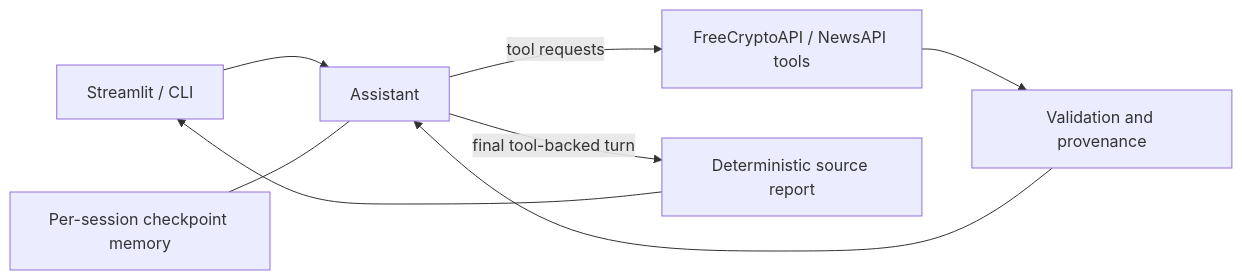
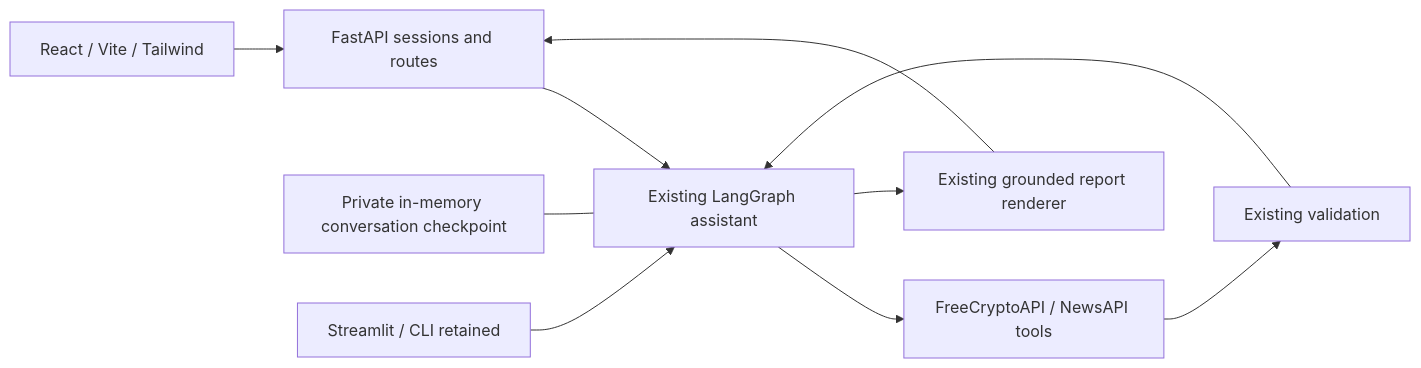
The diagram in README.md (abdelhamidbendrif/Crypto-Analysis-Agent-), drawn with Mermaid before and after one commit. The commit also changed other lines of this file and 35 other files, not shown here.

Commit message:
Add React research workspace and FastAPI integration

````diff
--- a/README.md
+++ b/README.md
@@ -52,10 +74,12 @@
 ```mermaid
 flowchart LR
-    UI[Streamlit / CLI] --> A[Assistant]
-    A -->|tool requests| T[FreeCryptoAPI / NewsAPI tools]
-    T --> V[Validation and provenance]
+    R[React / Vite / Tailwind] --> F[FastAPI sessions and routes]
+    F --> A[Existing LangGraph assistant]
+    A --> T[FreeCryptoAPI / NewsAPI tools]
+    T --> V[Existing validation]
     V --> A
-    A -->|final tool-backed turn| R[Deterministic source report]
-    R --> UI
-    M[Per-session checkpoint memory] --- A
+    A --> G[Existing grounded report renderer]
+    G --> F
+    M[Private in-memory conversation checkpoint] --- A
+    S[Streamlit / CLI retained] --> A
 ```
````
